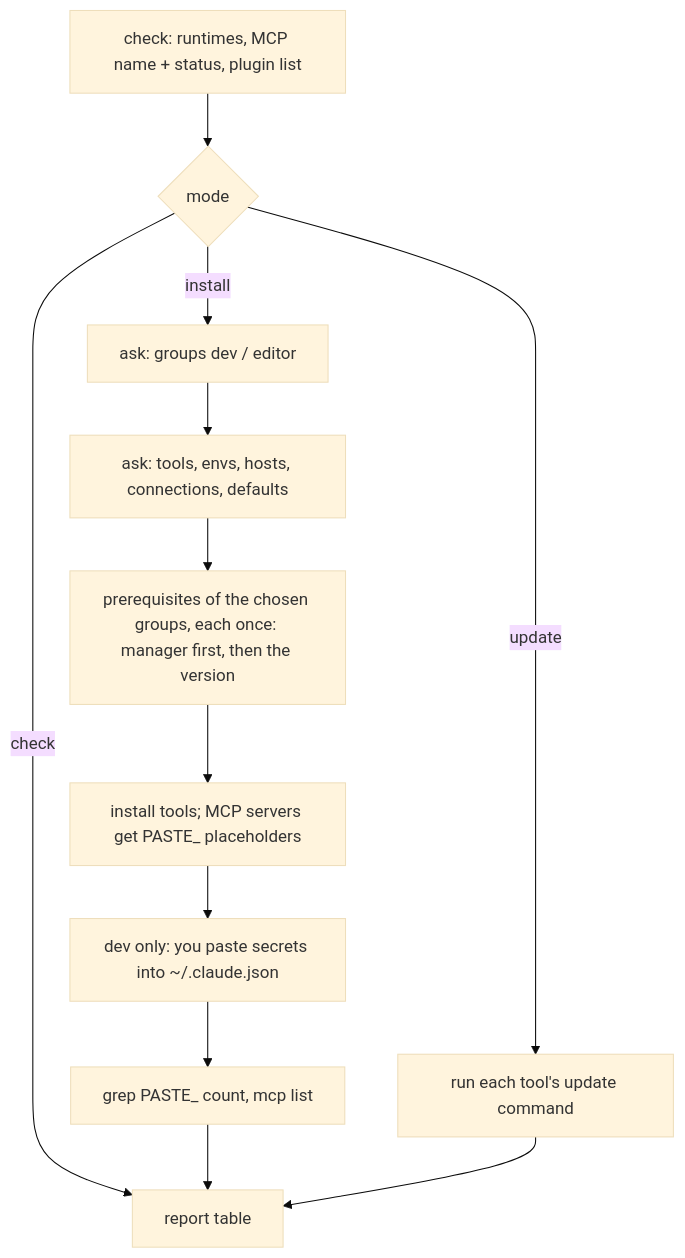
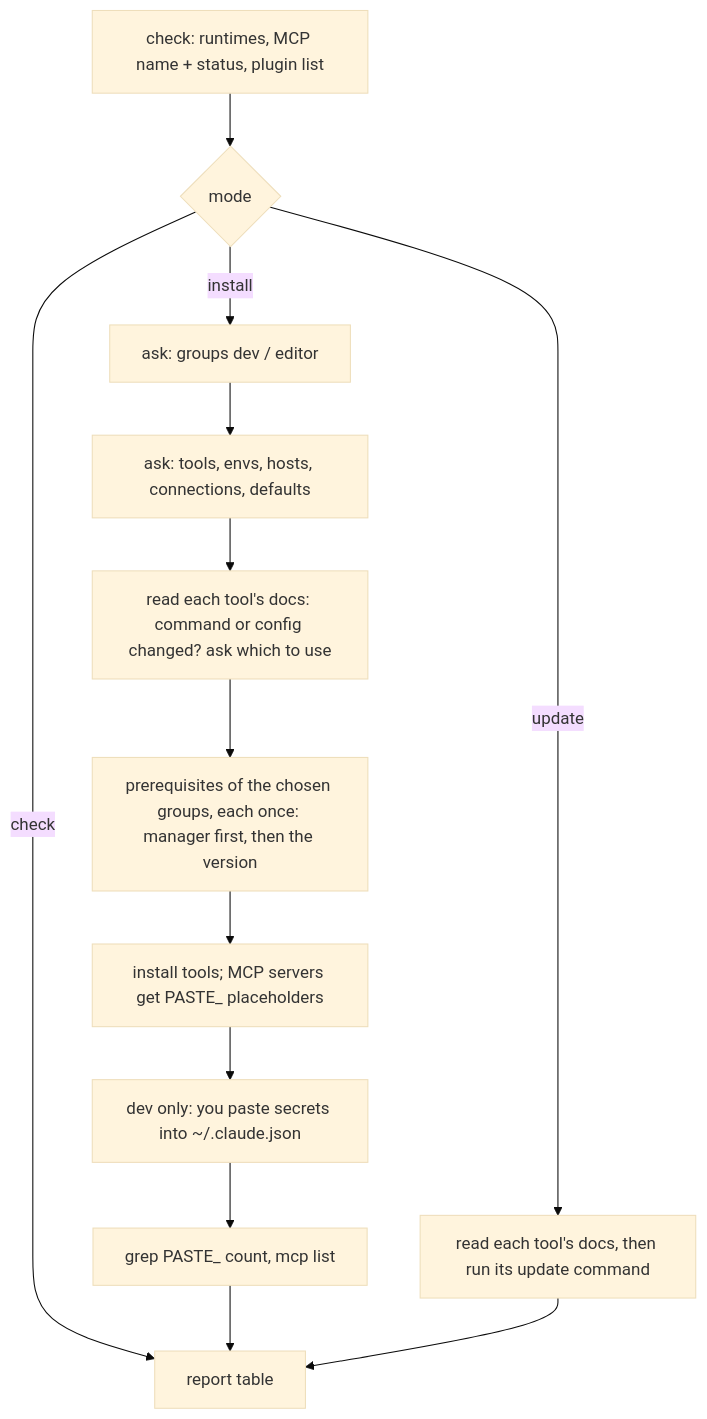
Before and after one commit to naphatwx/naphatwx-tools: the diagram in plugins/naphatwx-tools/skills/setup-device/README.md, drawn with Mermaid (base theme). The commit also changed other lines of this file and 6 other files, not shown here.

````diff
--- a/plugins/naphatwx-tools/skills/setup-device/README.md
+++ b/plugins/naphatwx-tools/skills/setup-device/README.md
@@ -49,13 +54,14 @@
 ```mermaid
 graph TD
     A[check: runtimes, MCP name + status, plugin list] --> B{mode}
     B -->|check| R[report table]
     B -->|install| G[ask: groups dev / editor]
-    B -->|update| U[run each tool's update command]
+    B -->|update| U[read each tool's docs, then run its update command]
     G --> Q[ask: tools, envs, hosts, connections, defaults]
-    Q --> P[prerequisites of the chosen groups, each once: manager first, then the version]
+    Q --> D[read each tool's docs: command or config changed? ask which to use]
+    D --> P[prerequisites of the chosen groups, each once: manager first, then the version]
     P --> I[install tools; MCP servers get PASTE_ placeholders]
     I --> S[dev only: you paste secrets into ~/.claude.json]
     S --> V[grep PASTE_ count, mcp list] --> R
     U --> R
 ```
````
